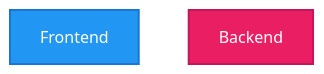
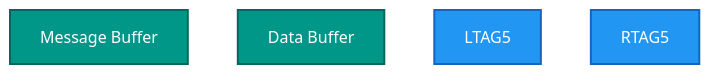
Before and after one commit to HackerCorpLabs/NDInsight: the third of 17 diagrams in MERMAID_COLOR_STANDARDS.md, drawn with Mermaid. The commit also changed other lines of this file and 19 other files, not shown here.

Commit message:
Updated Mermaid diagrams

````diff
--- a/MERMAID_COLOR_STANDARDS.md
+++ b/MERMAID_COLOR_STANDARDS.md
@@ -178,8 +186,13 @@
 ```mermaid
-graph TD
-    A[Frontend]:::frontend
-    B[Backend]:::backend
+flowchart TB
+    MPM1[Message Buffer]
+    MPM2[Data Buffer]
+    TAG1[LTAG5]
+    TAG2[RTAG5]
 
-    classDef frontend fill:#2196F3,stroke:#1976D2,stroke-width:2px,color:#fff
-    classDef backend fill:#E91E63,stroke:#C2185B,stroke-width:2px,color:#fff
+    classDef memory fill:#009688,stroke:#00695C,stroke-width:2px,color:#fff
+    classDef interface fill:#2196F3,stroke:#1565C0,stroke-width:2px,color:#fff
+
+    class MPM1,MPM2 memory
+    class TAG1,TAG2 interface
 ```
````
